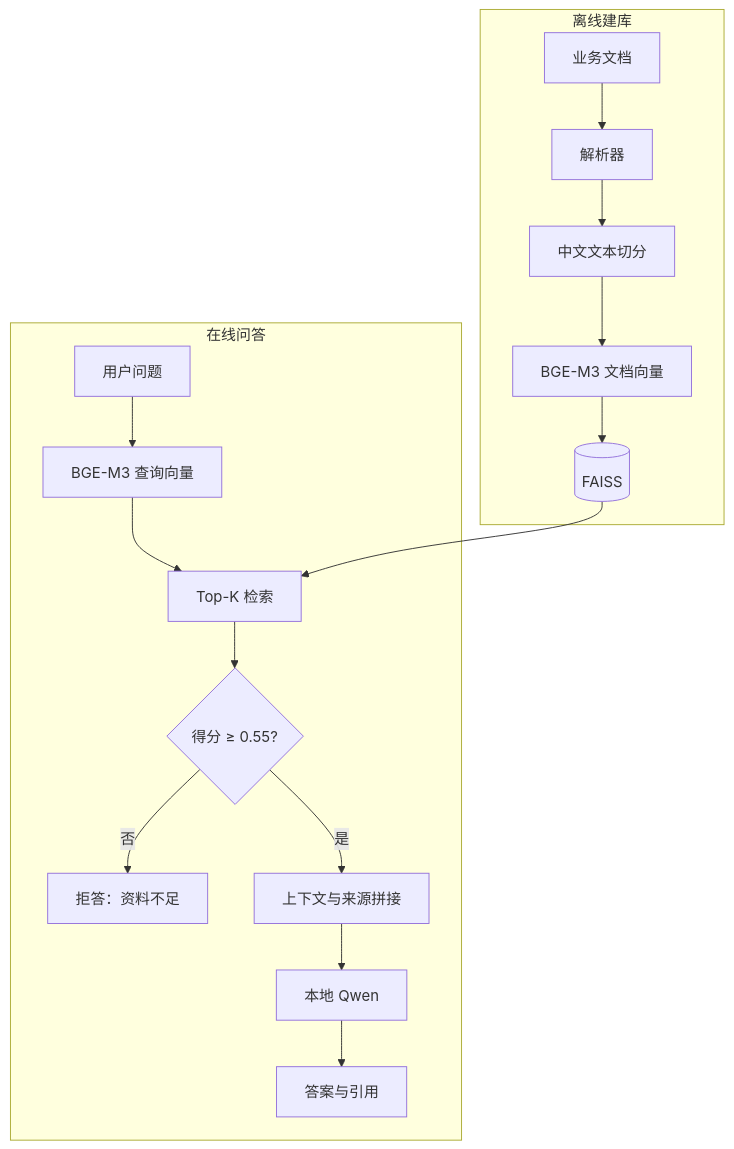
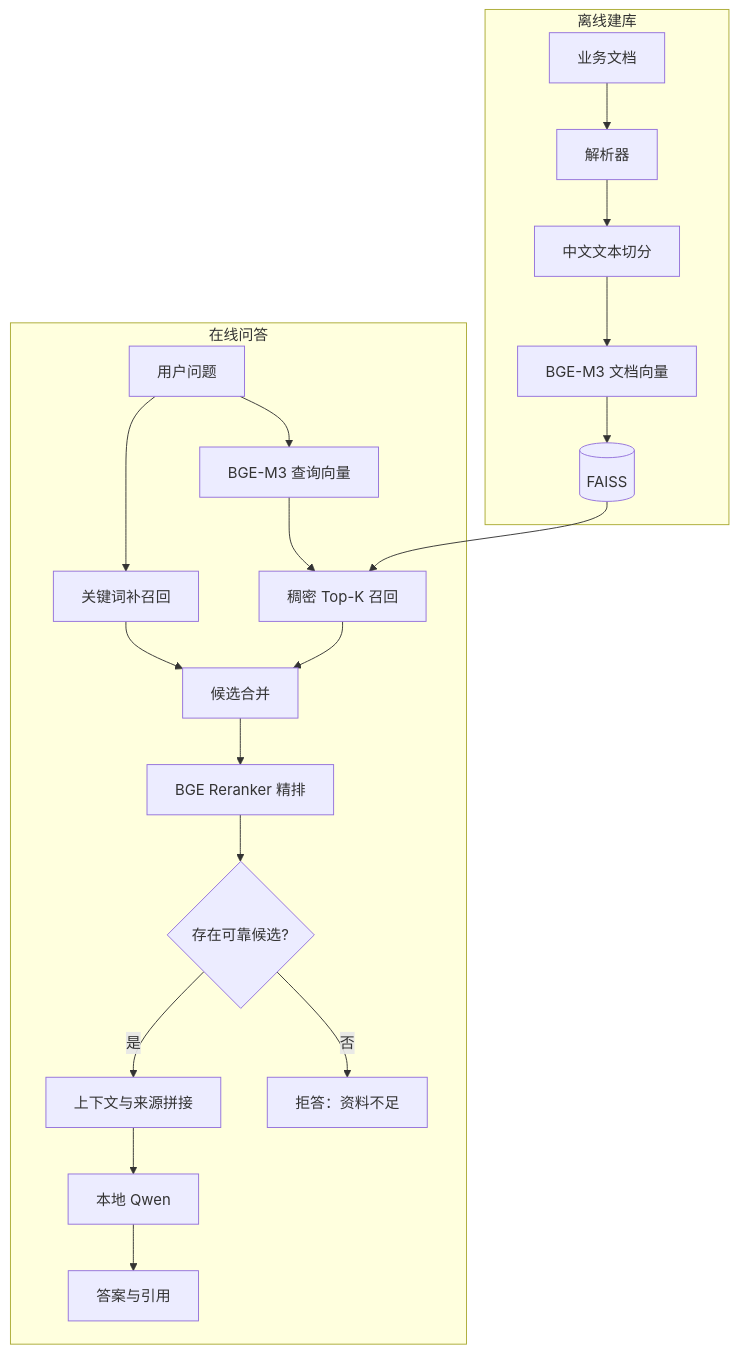
The diagram in docs/architecture.md (yeshezhi/multimodal-rag-agent-assistant), drawn with Mermaid before and after one commit. The commit also changed 7 other files, not shown here.

````diff
--- a/docs/architecture.md
+++ b/docs/architecture.md
@@ -3,13 +3,17 @@
 ```mermaid
 flowchart TB
     subgraph Ingestion["离线建库"]
         F["业务文档"] --> P["解析器"] --> S["中文文本切分"] --> EM["BGE-M3 文档向量"] --> V[("FAISS")]
     end
     subgraph Query["在线问答"]
-        U["用户问题"] --> QE["BGE-M3 查询向量"] --> RT["Top-K 检索"]
+        U["用户问题"] --> QE["BGE-M3 查询向量"] --> RT["稠密 Top-K 召回"]
+        U --> KW["关键词补召回"]
         V --> RT
-        RT --> G{"得分 ≥ 0.55?"}
+        RT --> RR["候选合并"]
+        KW --> RR
+        RR --> CE["BGE Reranker 精排"]
+        CE --> G{"存在可靠候选?"}
         G -- 否 --> NA["拒答：资料不足"]
         G -- 是 --> CT["上下文与来源拼接"] --> Q["本地 Qwen"] --> A["答案与引用"]
     end
 ```
````
